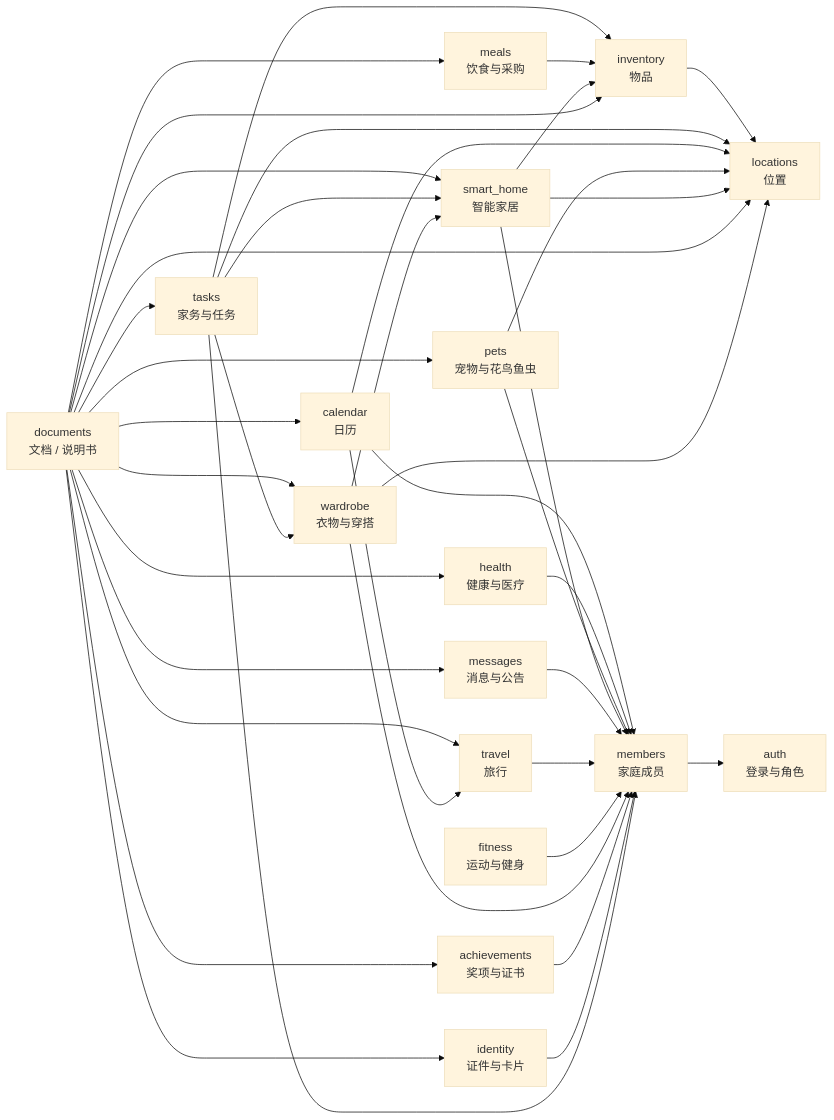
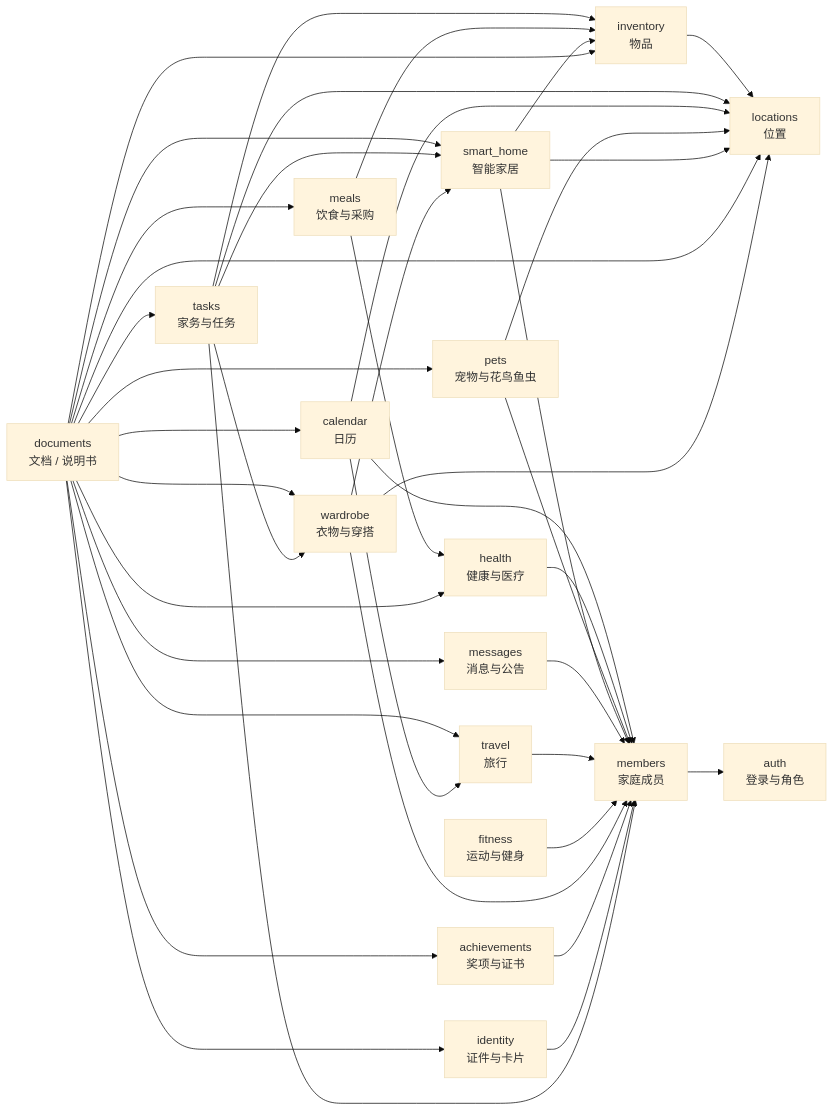
One commit to Geno1024-AIGC/home-erp-modern changed the diagram in docs/08-domain.md. Above: the diagram before and after it, drawn with Mermaid (base theme). The commit also changed other lines of this file and 7 other files, not shown here.

Commit message:
[Update] add five daily-life cross-module flows and domain index

````diff
--- a/docs/08-domain.md
+++ b/docs/08-domain.md
@@ -36,52 +36,53 @@
 ```mermaid
 flowchart LR
     Members["members<br/>家庭成员"] --> Auth["auth<br/>登录与角色"]
     Inventory["inventory<br/>物品"] --> Locations["locations<br/>位置"]
     Tasks["tasks<br/>家务与任务"] --> Locations
     Tasks --> Inventory
     Calendar["calendar<br/>日历"]
     Calendar --> Members
     Calendar --> Locations
     Meals["meals<br/>饮食与采购"] --> Inventory
     Health["health<br/>健康与医疗"]
     Health --> Members
+    Meals --> Health
     Pets["pets<br/>宠物与花鸟鱼虫"]
     Pets --> Members
     Pets --> Locations
     Documents["documents<br/>文档 / 说明书"]
     SmartHome["smart_home<br/>智能家居"]
     SmartHome --> Locations
     SmartHome --> Members
     SmartHome --> Inventory
     Documents --> SmartHome
     Tasks --> SmartHome
     Documents --> Inventory
     Documents --> Calendar
     Documents --> Meals
     Documents --> Health
     Documents --> Pets
     Documents --> Locations
     Documents --> Tasks
     Messages["messages<br/>消息与公告"]
     Messages --> Members
     Documents --> Messages
     Travel["travel<br/>旅行"]
     Travel --> Members
     Documents --> Travel
     Calendar --> Travel
     Fitness["fitness<br/>运动与健身"]
     Fitness --> Members
     Wardrobe["wardrobe<br/>衣物与穿搭"]
     Wardrobe --> Members
     Wardrobe --> Locations
     Documents --> Wardrobe
     Wardrobe --> SmartHome
     Tasks --> Wardrobe
     Achievements["achievements<br/>奖项与证书"]
     Documents --> Achievements
     Achievements --> Members
     Identity["identity<br/>证件与卡片"]
     Documents --> Identity
     Identity --> Members
     Tasks --> Members
 ```
````
